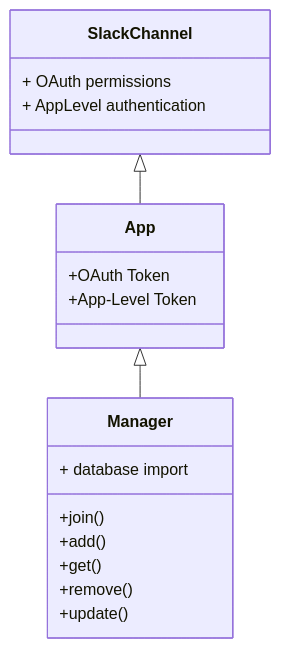
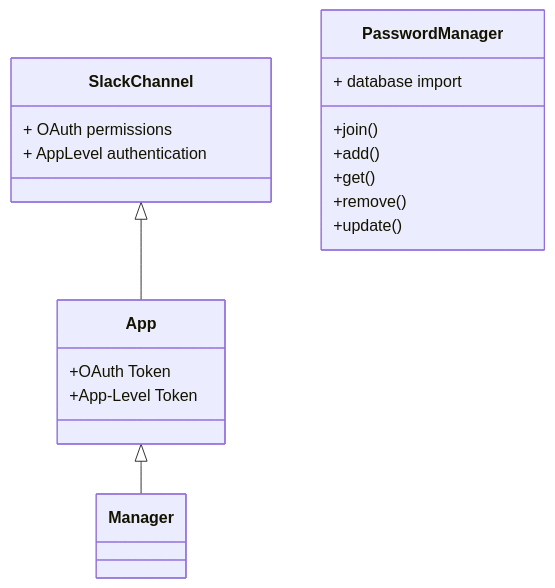
One commit to em-henken/slackbot-password-manager changed the diagram in diagrams/structureDiagram.md. Above: the diagram before and after it, drawn with Mermaid.

````diff
--- a/diagrams/structureDiagram.md
+++ b/diagrams/structureDiagram.md
@@ -1,19 +1,19 @@
 ```mermaid
 classDiagram
     App <|-- Manager
     SlackChannel <|-- App
     App : +OAuth Token
     App : +App-Level Token
-    class Manager{
+    class PasswordManager{
         + database import
         +join()
 	+add()
         +get()
         +remove()
 	+update()
     }
     class SlackChannel{
         + OAuth permissions
         + AppLevel authentication
     }
 ```
````
